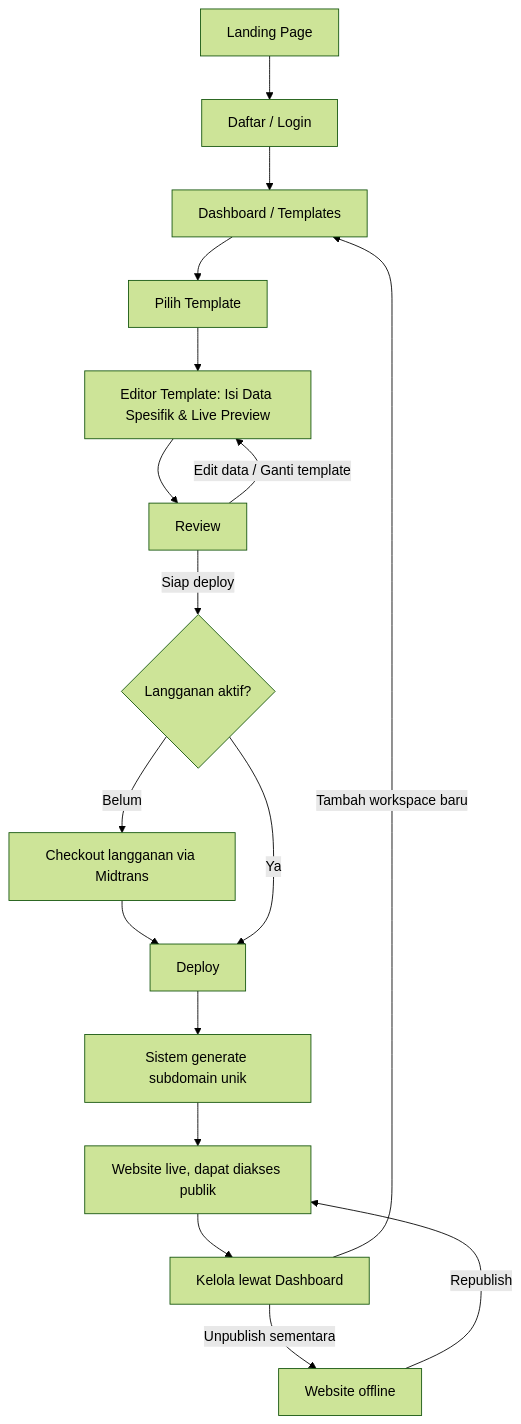
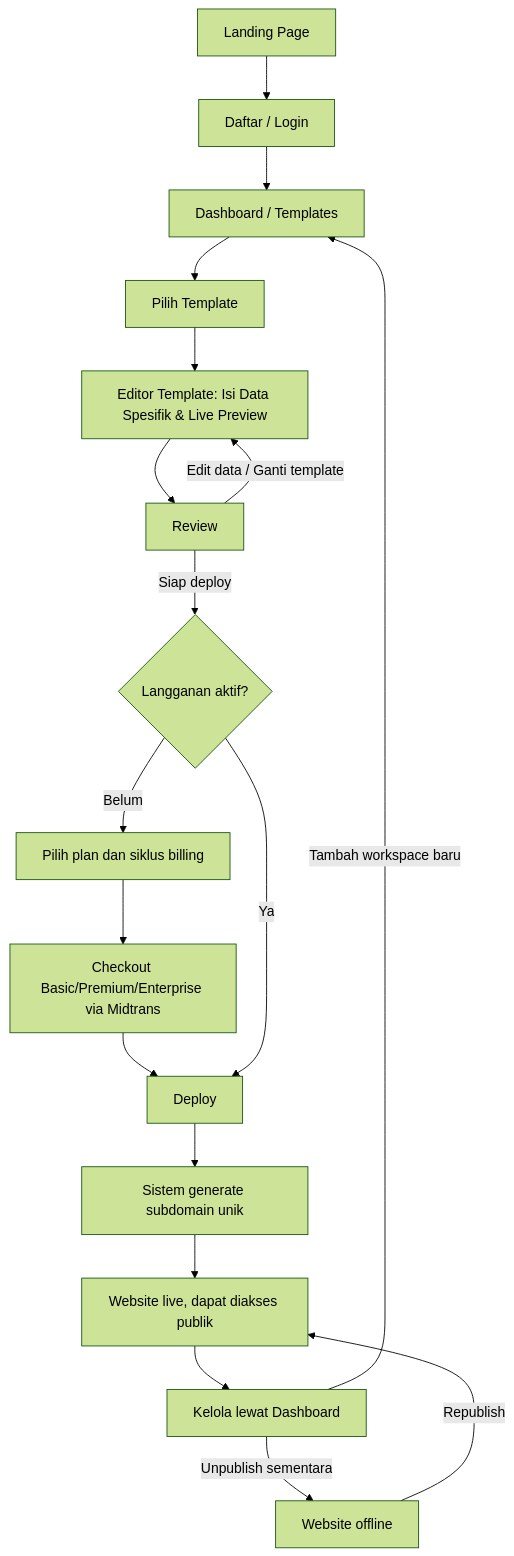
Before and after one commit to portofio-official/portofio-saas: the first of 3 diagrams in docs/PRD.md, drawn with Mermaid (forest theme). The commit also changed other lines of this file and 61 other files, not shown here.

````diff
--- a/docs/PRD.md
+++ b/docs/PRD.md
@@ -93,19 +144,20 @@
 ```mermaid
 flowchart TD
     Z[Landing Page] --> A[Daftar / Login]
     A --> Dash[Dashboard / Templates]
     Dash --> C[Pilih Template]
     C --> C4[Editor Template: Isi Data Spesifik & Live Preview]
     C4 --> R[Review]
     R -- Edit data / Ganti template --> C4
     R -- Siap deploy --> P{Langganan aktif?}
-    P -- Belum --> Q[Checkout langganan via Midtrans]
-    Q --> F[Deploy]
+    P -- Belum --> Q[Pilih plan dan siklus billing]
+    Q --> Q2[Checkout Basic/Premium/Enterprise via Midtrans]
+    Q2 --> F[Deploy]
     P -- Ya --> F
     F --> G[Sistem generate subdomain unik]
     G --> H[Website live, dapat diakses publik]
     H --> I[Kelola lewat Dashboard]
     I -- Tambah workspace baru --> Dash
     I -- Unpublish sementara --> J[Website offline]
     J -- Republish --> H
 ```
````
